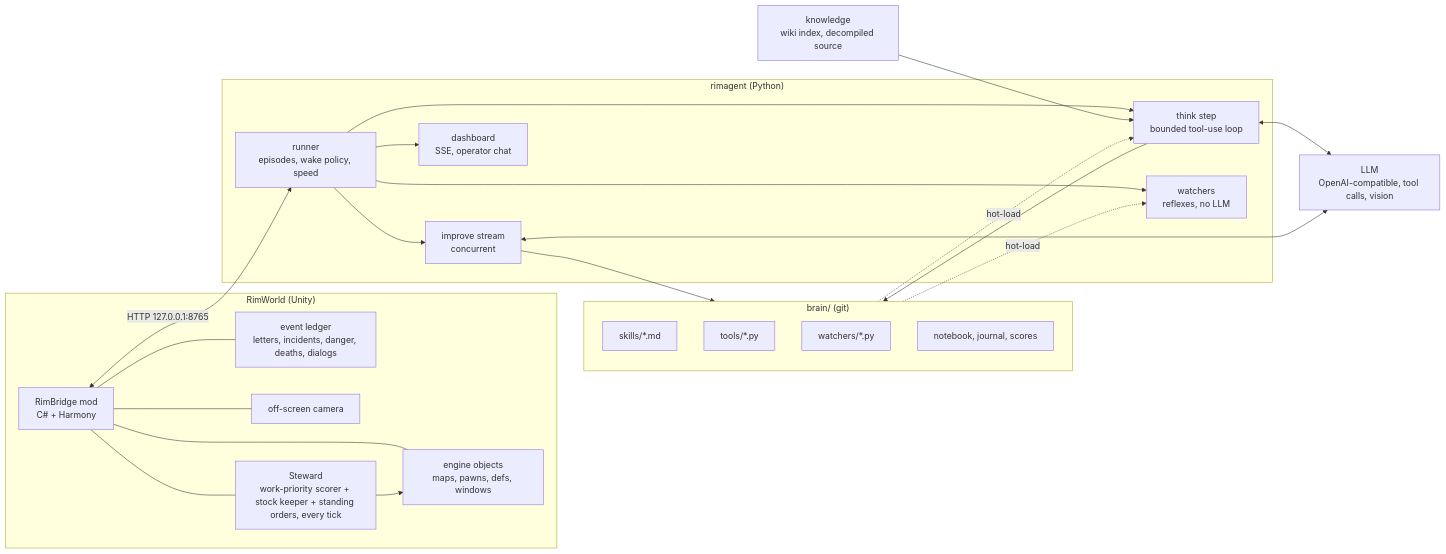
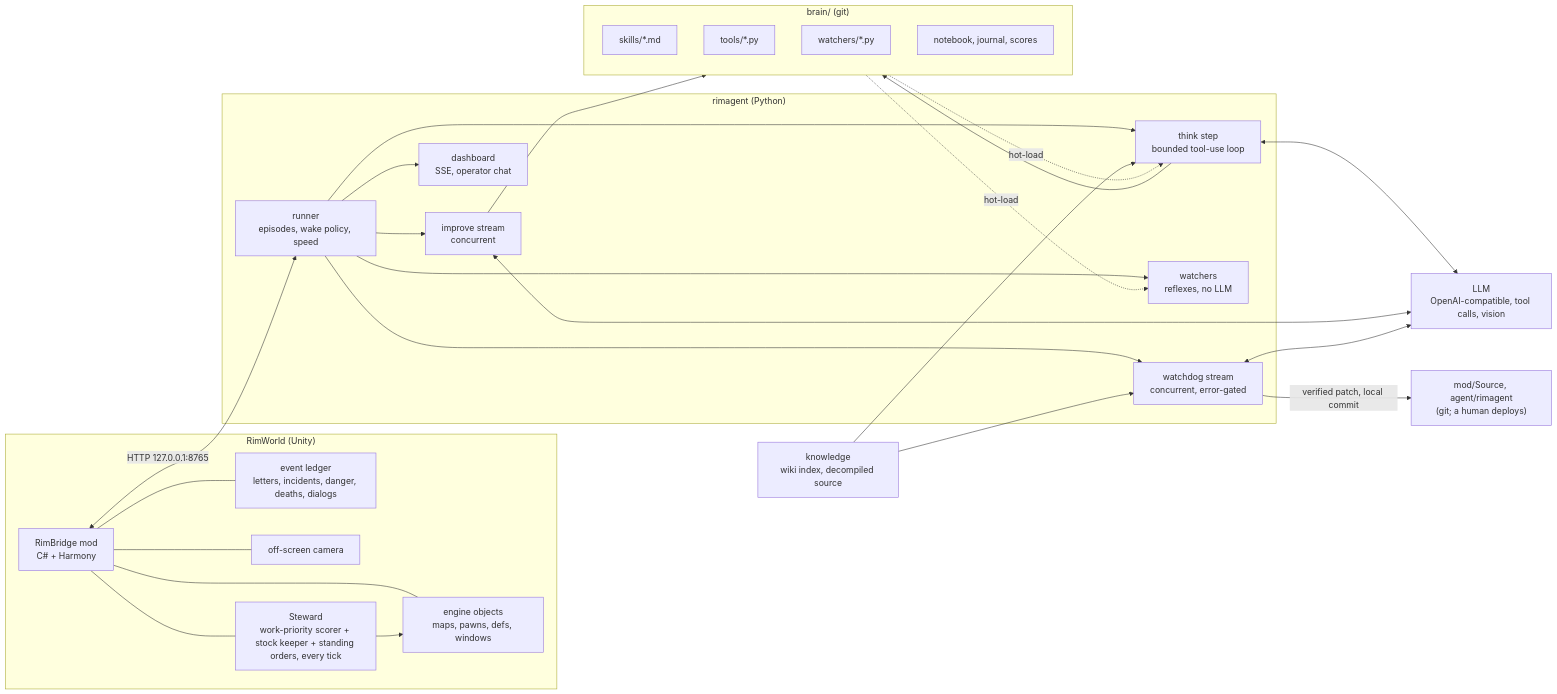
The first of 4 diagrams in README.md (kodek/rimagent), drawn with Mermaid before and after one commit. The commit also changed other lines of this file and 7 other files, not shown here.

First line of the commit message:
Release prep: v2 paper addendum, README architecture diagram, release notes; fix an inverted policies-order cooldown claim

````diff
--- a/README.md
+++ b/README.md
@@ -48,42 +48,48 @@
 ```mermaid
 flowchart LR
   subgraph game["RimWorld (Unity)"]
     RB["RimBridge mod<br/>C# + Harmony"]
     E["engine objects<br/>maps, pawns, defs, windows"]
     L["event ledger<br/>letters, incidents, danger, deaths, dialogs"]
     C["off-screen camera"]
     ST["Steward<br/>work-priority scorer + stock keeper + standing orders, every tick"]
     RB --- E
     RB --- L
     RB --- C
     RB --- ST
     ST --> E
   end
   subgraph agent["rimagent (Python)"]
     R["runner<br/>episodes, wake policy, speed"]
     T["think step<br/>bounded tool-use loop"]
     W["watchers<br/>reflexes, no LLM"]
     I["improve stream<br/>concurrent"]
+    WD["watchdog stream<br/>concurrent, error-gated"]
     D["dashboard<br/>SSE, operator chat"]
     R --> T
     R --> W
     R --> I
+    R --> WD
     R --> D
   end
   subgraph brain["brain/ (git)"]
     S["skills/*.md"]
     TL["tools/*.py"]
     WT["watchers/*.py"]
     M["notebook, journal, scores"]
   end
   K["knowledge<br/>wiki index, decompiled source"]
   LLM["LLM<br/>OpenAI-compatible, tool calls, vision"]
+  SRC["mod/Source, agent/rimagent<br/>(git; a human deploys)"]
   RB <-- "HTTP 127.0.0.1:8765" --> R
   T <--> LLM
   I <--> LLM
+  WD <--> LLM
   T --> brain
   I --> brain
+  WD -->|"verified patch, local commit"| SRC
   brain -. hot-load .-> T
   brain -. hot-load .-> W
   K --> T
+  K --> WD
 ```
````
